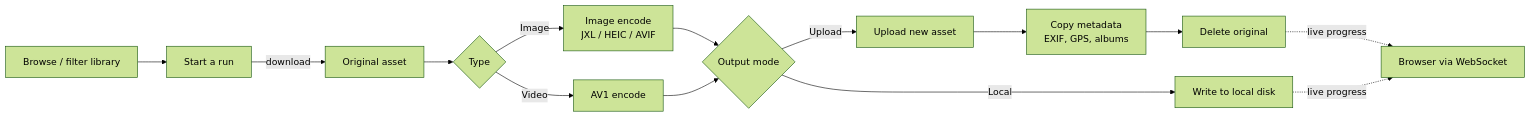
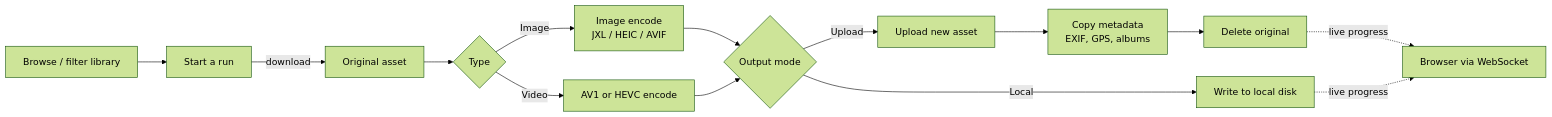
The diagram in README.md (fabianwimberger/immich-convert-originals), drawn with Mermaid (forest theme) before and after one commit. The commit also changed other lines of this file and 20 other files, not shown here.

First line of the commit message:
feat: selectable video target codec (AV1/HEVC) and source-codec skip list (#233)

````diff
--- a/README.md
+++ b/README.md
@@ -82,16 +82,16 @@
 ```mermaid
 flowchart LR
     A[Browse / filter library] --> B[Start a run]
     B -->|download| C[Original asset]
     C --> D{Type}
     D -->|Image| E[Image encode<br/>JXL / HEIC / AVIF]
-    D -->|Video| F[AV1 encode]
+    D -->|Video| F[AV1 or HEVC encode]
     E --> K{Output mode}
     F --> K
     K -->|Upload| G[Upload new asset]
     K -->|Local| L[Write to local disk]
     G --> H[Copy metadata<br/>EXIF, GPS, albums]
     H --> I[Delete original]
     I -.->|live progress| J[Browser via WebSocket]
     L -.->|live progress| J
 ```
````
